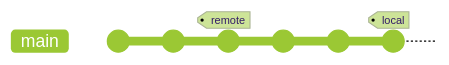
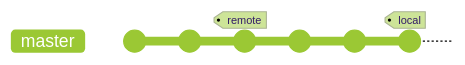
One commit to LauYeeYu/homepage changed the second of 9 diagrams in content/blog/git-basics-en.md. Above: the diagram before and after it, drawn with Mermaid (forest theme). The commit also changed other lines of this file and 2 other files, not shown here. Commit ids are hidden.

Commit message:
refactor(blog): use `master` instead of `main` as the main branch name

````diff
--- a/content/blog/git-basics-en.md
+++ b/content/blog/git-basics-en.md
@@ -105,9 +106,10 @@
    ```mermaid
+   %%{init: {'gitGraph': {'mainBranchName': 'master'}} }%%
    gitGraph
      commit
      commit
      commit tag: "remote"
      commit
      commit
      commit tag: "local"
    ```
````
